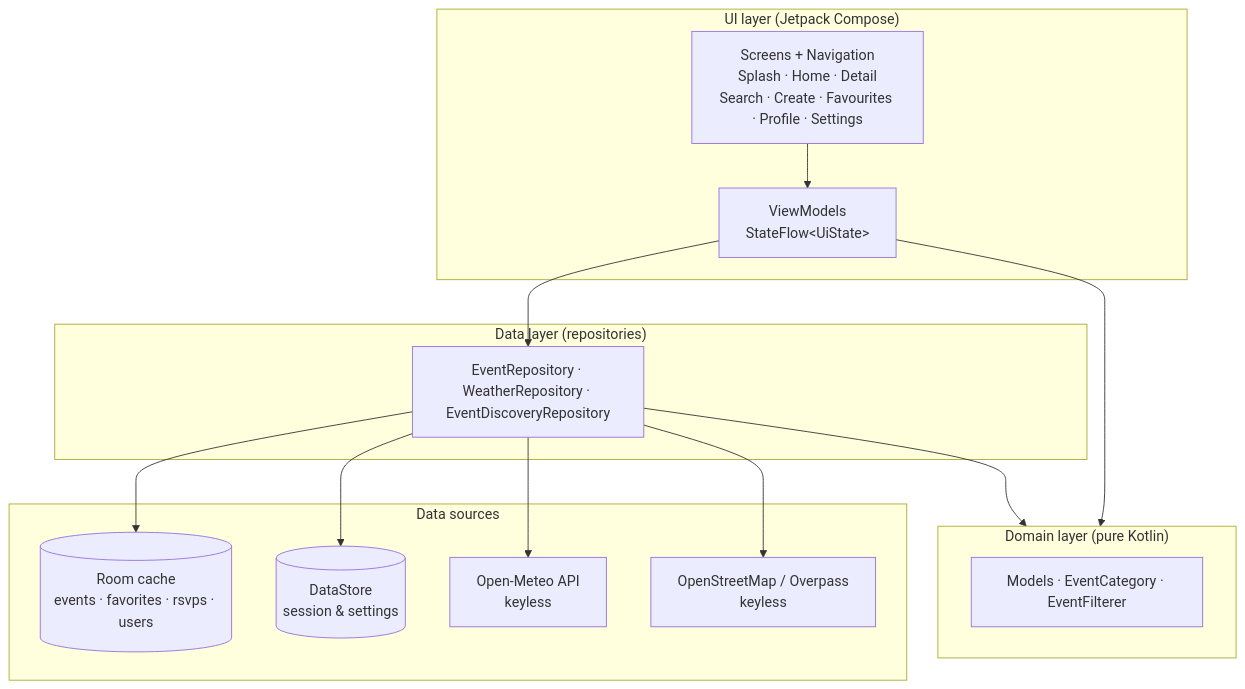
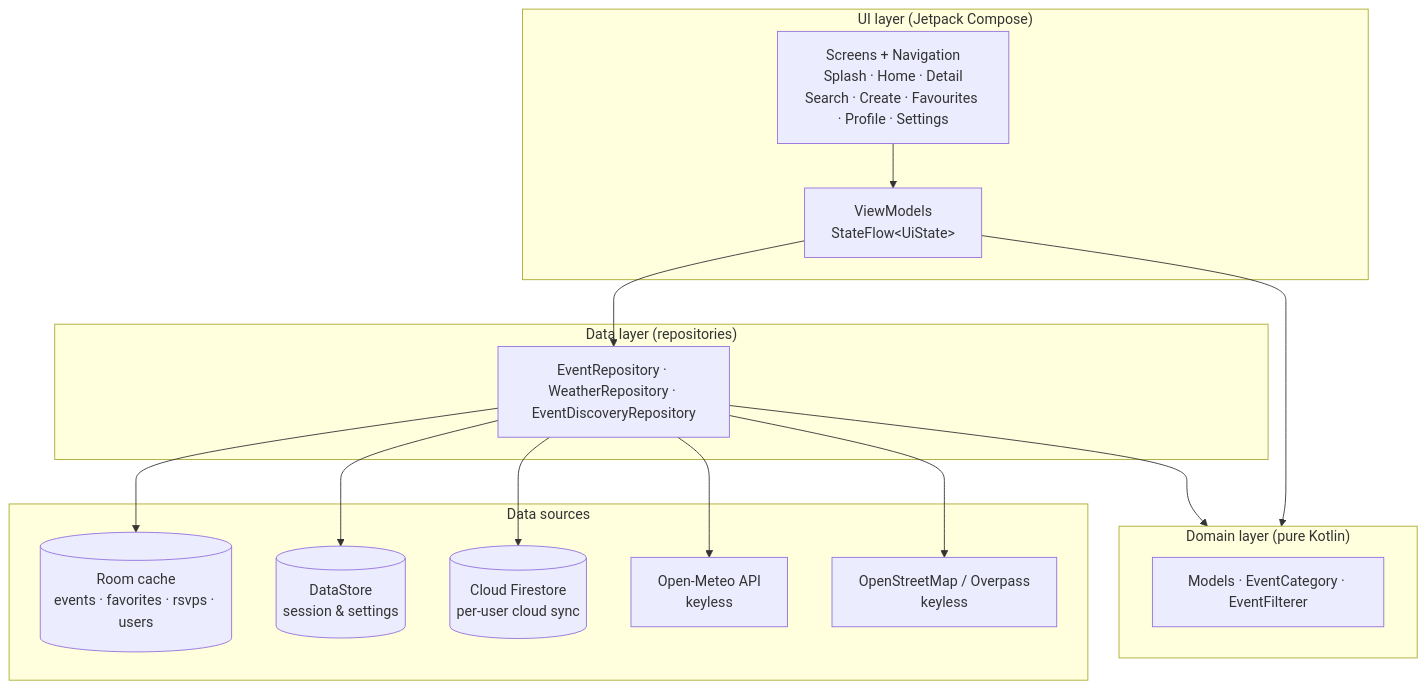
Before and after one commit to Zulfique/eventfinder-south-africa: the first of 3 diagrams in README.md, drawn with Mermaid. The commit also changed other lines of this file, not shown here.

Commit message:
docs: refresh README — 18 test suites, data/cloud in structure, Firestore in architecture, live-Firebase wording

````diff
--- a/README.md
+++ b/README.md
@@ -108,31 +111,33 @@
 ```mermaid
 flowchart TB
     subgraph UI["UI layer (Jetpack Compose)"]
         Screens["Screens + Navigation<br/>Splash · Home · Detail<br/>Search · Create · Favourites · Profile · Settings"]
         VMs["ViewModels<br/>StateFlow&lt;UiState&gt;"]
     end
 
     subgraph Domain["Domain layer (pure Kotlin)"]
         Models["Models · EventCategory · EventFilterer"]
     end
 
     subgraph Data["Data layer (repositories)"]
         Repos["EventRepository · WeatherRepository · EventDiscoveryRepository"]
     end
 
     subgraph Sources["Data sources"]
         Room[("Room cache<br/>events · favorites · rsvps · users")]
         DS[("DataStore<br/>session & settings")]
+        FS[("Cloud Firestore<br/>per-user cloud sync")]
         OM["Open-Meteo API<br/>keyless"]
         OSM["OpenStreetMap / Overpass<br/>keyless"]
     end
 
     Screens --> VMs
+    VMs --> Domain
     VMs --> Repos
-    VMs --> Domain
     Repos --> Domain
     Repos --> Room
     Repos --> DS
+    Repos --> FS
     Repos --> OM
     Repos --> OSM
 ```
````
